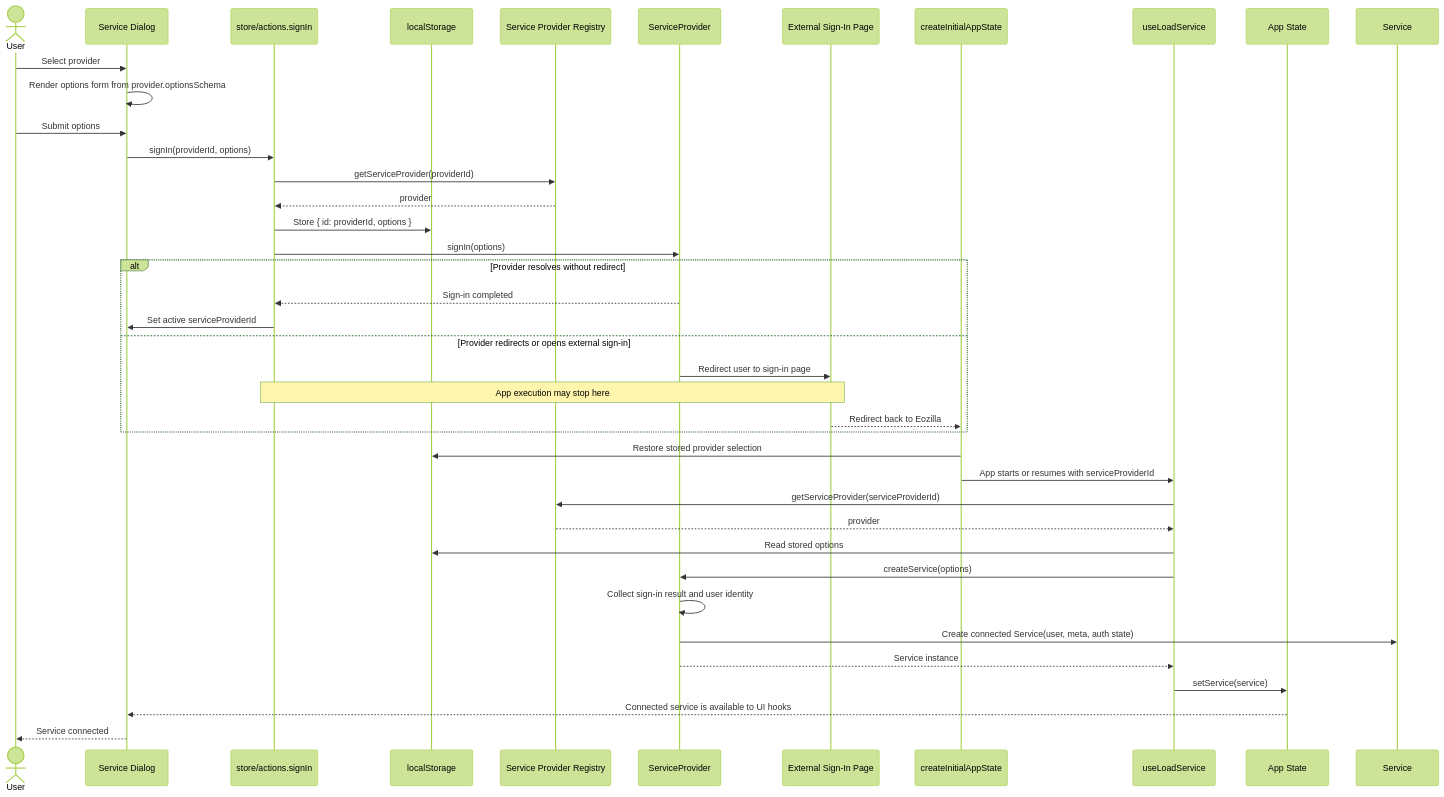
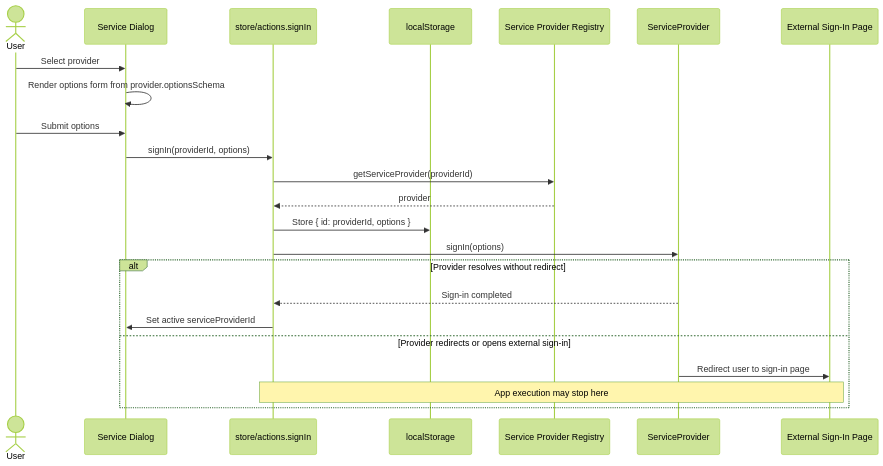
Before and after one commit to eo-tools/eozilla-app: the first of 3 diagrams in docs/service-provider.md, drawn with Mermaid (forest theme). The commit also changed other lines of this file, not shown here.

Commit message:
Split too large diagram

````diff
--- a/docs/service-provider.md
+++ b/docs/service-provider.md
@@ -133,45 +137,27 @@
 ```mermaid
 sequenceDiagram
     actor User
     participant Dialog as Service Dialog
     participant Actions as store/actions.signIn
     participant Storage as localStorage
     participant Registry as Service Provider Registry
     participant Provider as ServiceProvider
     participant Auth as External Sign-In Page
-    participant Startup as createInitialAppState
-    participant Hooks as useLoadService
-    participant AppState as App State
-    participant Service as Service
 
     User->>Dialog: Select provider
     Dialog->>Dialog: Render options form from provider.optionsSchema
     User->>Dialog: Submit options
     Dialog->>Actions: signIn(providerId, options)
     Actions->>Registry: getServiceProvider(providerId)
     Registry-->>Actions: provider
     Actions->>Storage: Store { id: providerId, options }
     Actions->>Provider: signIn(options)
 
     alt Provider resolves without redirect
         Provider-->>Actions: Sign-in completed
         Actions->>Dialog: Set active serviceProviderId
     else Provider redirects or opens external sign-in
         Provider->>Auth: Redirect user to sign-in page
         Note over Actions,Auth: App execution may stop here
-        Auth-->>Startup: Redirect back to Eozilla
     end
-
-    Startup->>Storage: Restore stored provider selection
-    Startup->>Hooks: App starts or resumes with serviceProviderId
-    Hooks->>Registry: getServiceProvider(serviceProviderId)
-    Registry-->>Hooks: provider
-    Hooks->>Storage: Read stored options
-    Hooks->>Provider: createService(options)
-    Provider->>Provider: Collect sign-in result and user identity
-    Provider->>Service: Create connected Service(user, meta, auth state)
-    Provider-->>Hooks: Service instance
-    Hooks->>AppState: setService(service)
-    AppState-->>Dialog: Connected service is available to UI hooks
-    Dialog-->>User: Service connected
 ```
````
